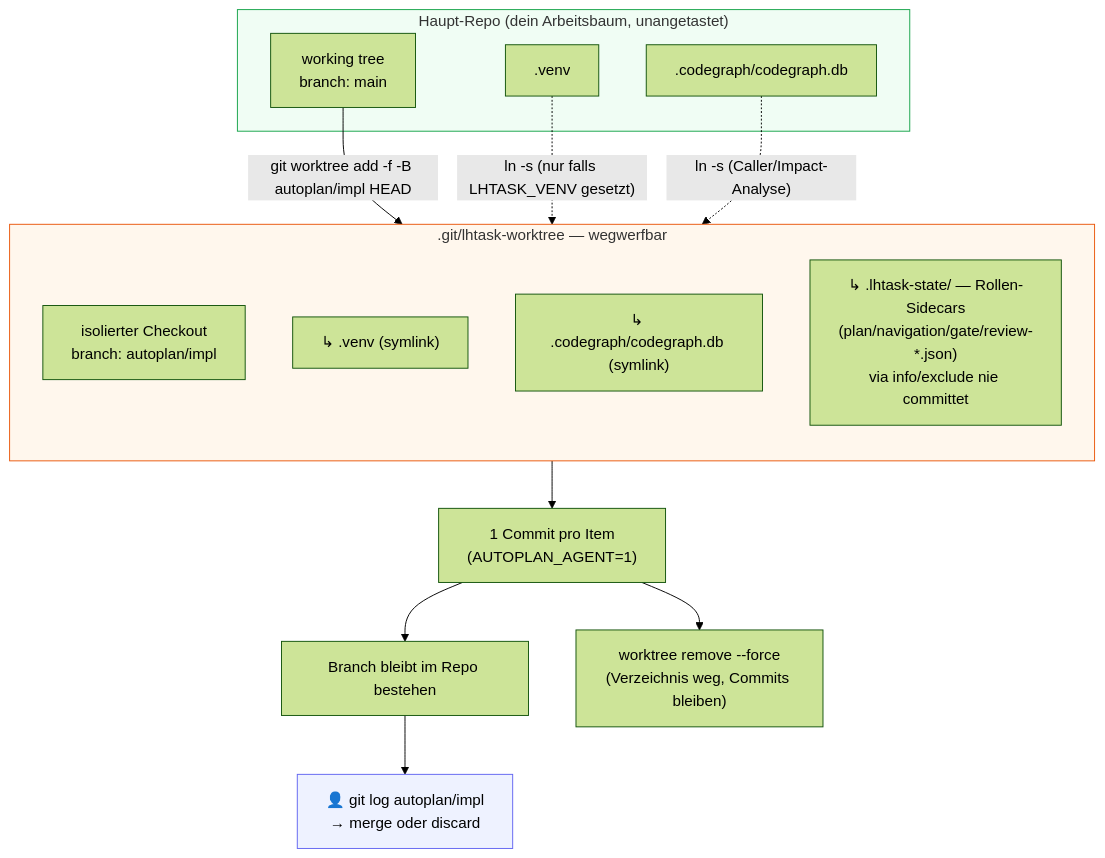
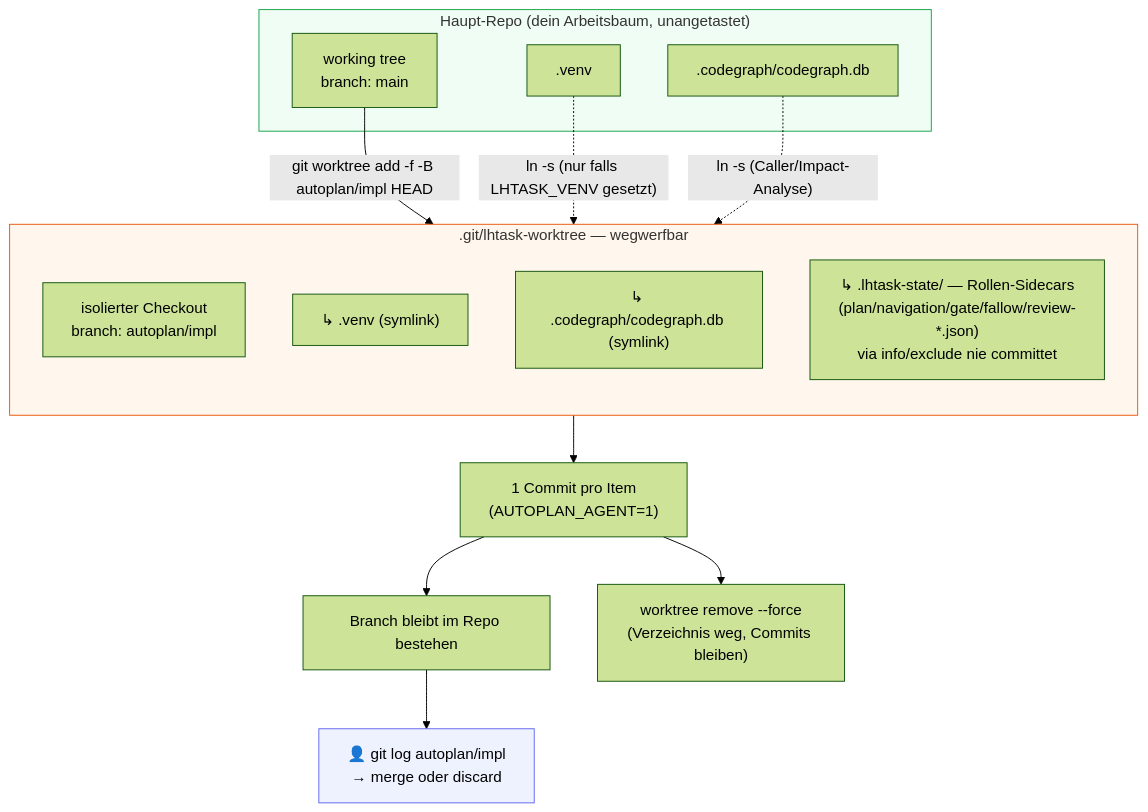
The sixth of 12 diagrams in ARCHITECTURE.md (leonhoffmann86/team-sprint), drawn with Mermaid (forest theme) before and after one commit. The commit also changed other lines of this file and 2 other files, not shown here.

Commit message:
docs: refresh CLAUDE/ARCHITECTURE/README for fallow integration (v0.3.0)

````diff
--- a/ARCHITECTURE.md
+++ b/ARCHITECTURE.md
@@ -267,29 +275,29 @@
 ```mermaid
 flowchart TB
     subgraph MAIN["Haupt-Repo (dein Arbeitsbaum, unangetastet)"]
         WT_MAIN["working tree<br/>branch: main"]
         DB[".codegraph/codegraph.db"]
         VENV[".venv"]
     end
 
     subgraph WORKTREE[".git/lhtask-worktree — wegwerfbar"]
         direction TB
         WT_IMPL["isolierter Checkout<br/>branch: autoplan/impl"]
         LN1["↳ .venv (symlink)"]
         LN2["↳ .codegraph/codegraph.db (symlink)"]
-        ST["↳ .lhtask-state/ — Rollen-Sidecars<br/>(plan/navigation/gate/review-*.json)<br/>via info/exclude nie committet"]
+        ST["↳ .lhtask-state/ — Rollen-Sidecars<br/>(plan/navigation/gate/fallow/review-*.json)<br/>via info/exclude nie committet"]
     end
 
     WT_MAIN -- "git worktree add -f -B autoplan/impl HEAD" --> WT_IMPL
     VENV -. "ln -s (nur falls LHTASK_VENV gesetzt)" .-> LN1
     DB -. "ln -s (Caller/Impact-Analyse)" .-> LN2
 
     WT_IMPL --> COMMITS["1 Commit pro Item<br/>(AUTOPLAN_AGENT=1)"]
     COMMITS --> KEEP["Branch bleibt im Repo bestehen"]
     COMMITS --> DROP["worktree remove --force<br/>(Verzeichnis weg, Commits bleiben)"]
     KEEP --> HUMAN["👤 git log autoplan/impl<br/>→ merge oder discard"]
 
     style MAIN fill:#f0fdf4,stroke:#16a34a
     style WORKTREE fill:#fff7ed,stroke:#ea580c
     style HUMAN fill:#eef2ff,stroke:#6366f1
 ```
````
